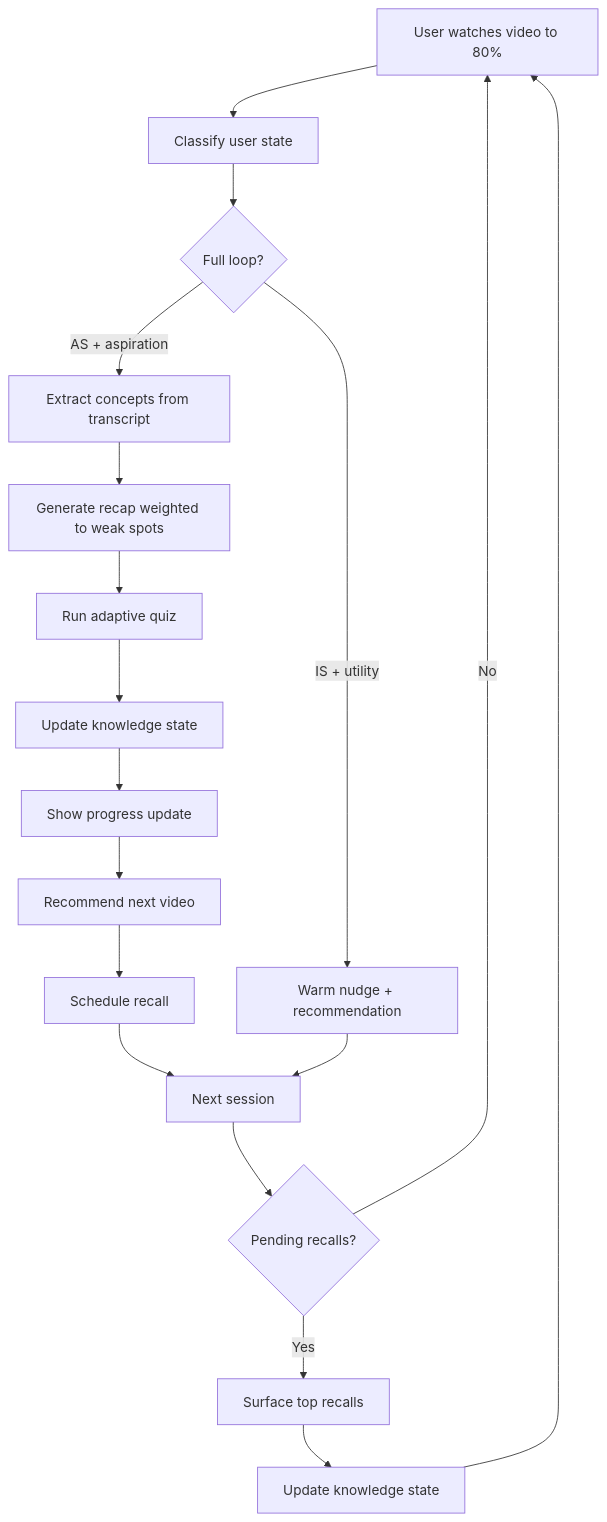
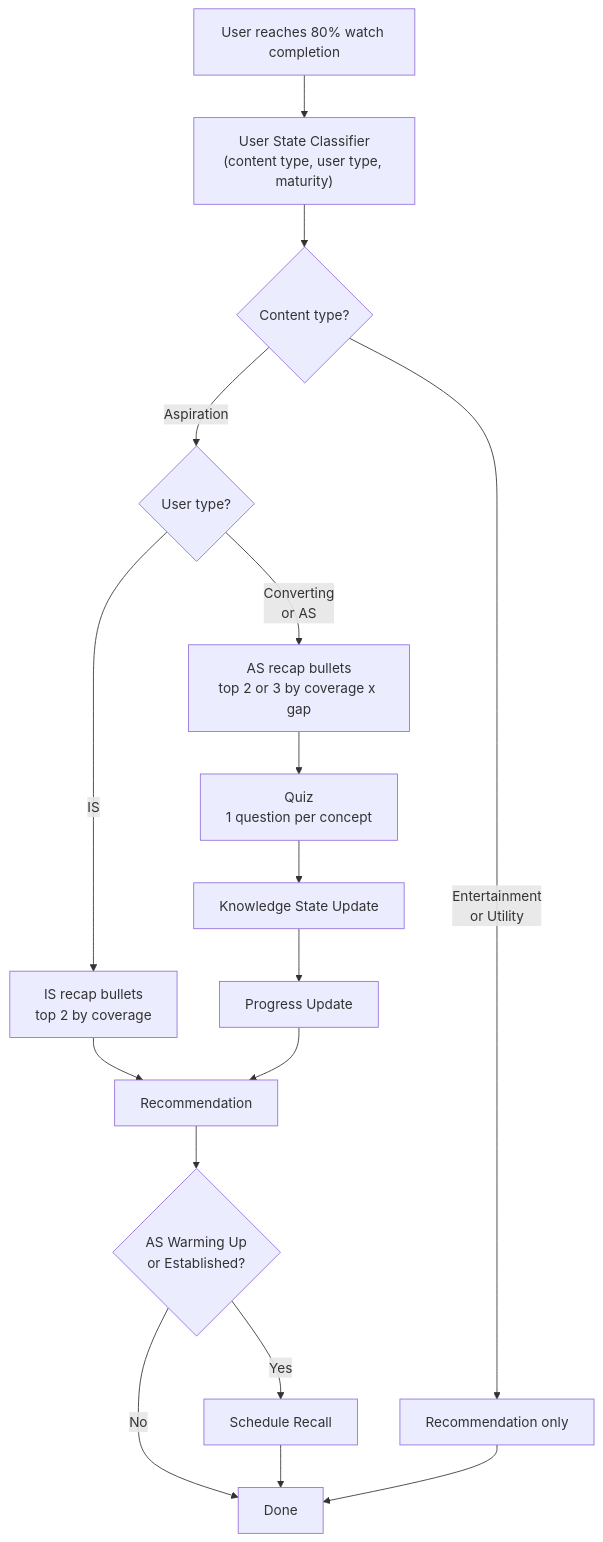
Before and after one commit to kirubanath/Saathi: the third of 3 diagrams in documentation/05-solution-overview.md, drawn with Mermaid. The commit also changed other lines of this file, not shown here.

````diff
--- a/documentation/05-solution-overview.md
+++ b/documentation/05-solution-overview.md
@@ -11,20 +103,19 @@
 ```mermaid
 flowchart TD
-    A[User watches video to 80%] --> B[Classify user state]
-    B --> C{Full loop?}
-    C -- "IS + utility" --> D[Warm nudge + recommendation]
-    C -- "AS + aspiration" --> E[Extract concepts from transcript]
-    E --> F[Generate recap weighted to weak spots]
-    F --> G[Run adaptive quiz]
-    G --> H[Update knowledge state]
-    H --> I[Show progress update]
-    I --> J[Recommend next video]
-    J --> K[Schedule recall]
-    K --> L[Next session]
-    D --> L
-    L --> M{Pending recalls?}
-    M -- Yes --> N[Surface top recalls]
-    N --> O[Update knowledge state]
-    O --> A
-    M -- No --> A
+    A["User reaches 80% watch completion"] --> B["User State Classifier\n(content type, user type, maturity)"]
+    B --> C{"Content type?"}
+    C -- "Entertainment\nor Utility" --> D["Recommendation only"]
+    C -- "Aspiration" --> E{"User type?"}
+    E -- "IS" --> F["IS recap bullets\ntop 2 by coverage"]
+    E -- "Converting\nor AS" --> G["AS recap bullets\ntop 2 or 3 by coverage x gap"]
+    F --> H["Recommendation"]
+    G --> I["Quiz\n1 question per concept"]
+    I --> J["Knowledge State Update"]
+    J --> K["Progress Update"]
+    K --> H
+    H --> L{"AS Warming Up\nor Established?"}
+    L -- "Yes" --> M["Schedule Recall"]
+    L -- "No" --> N["Done"]
+    M --> N
+    D --> N
 ```
````
